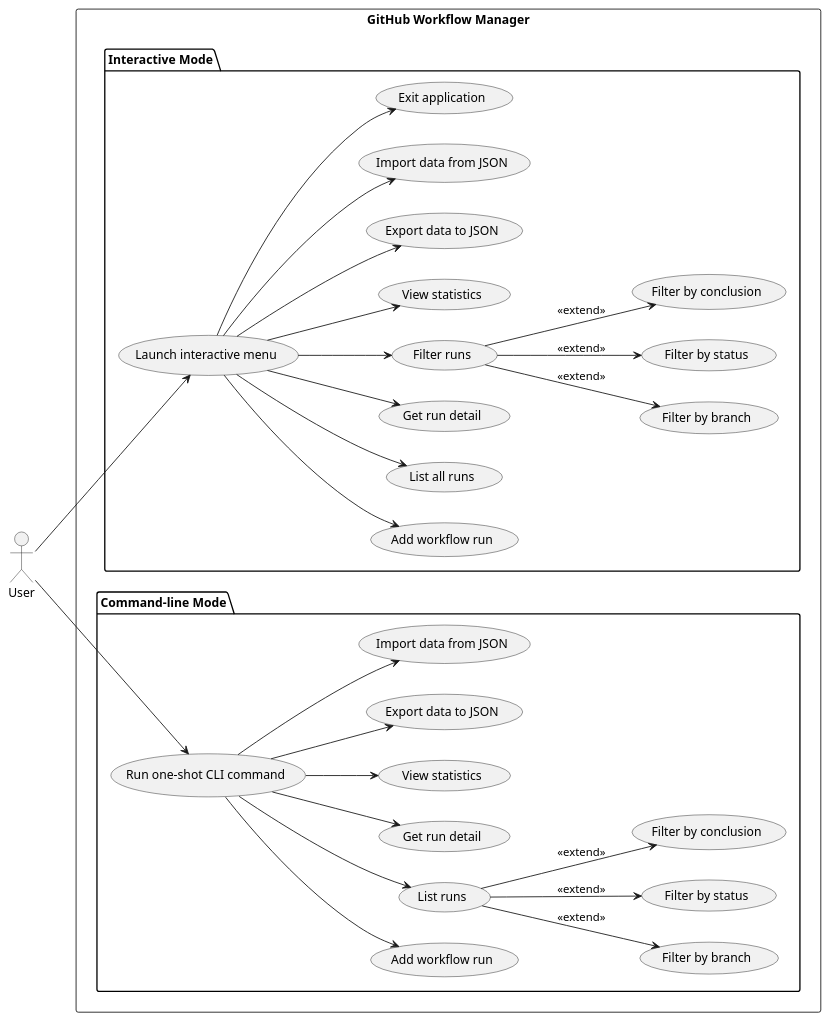
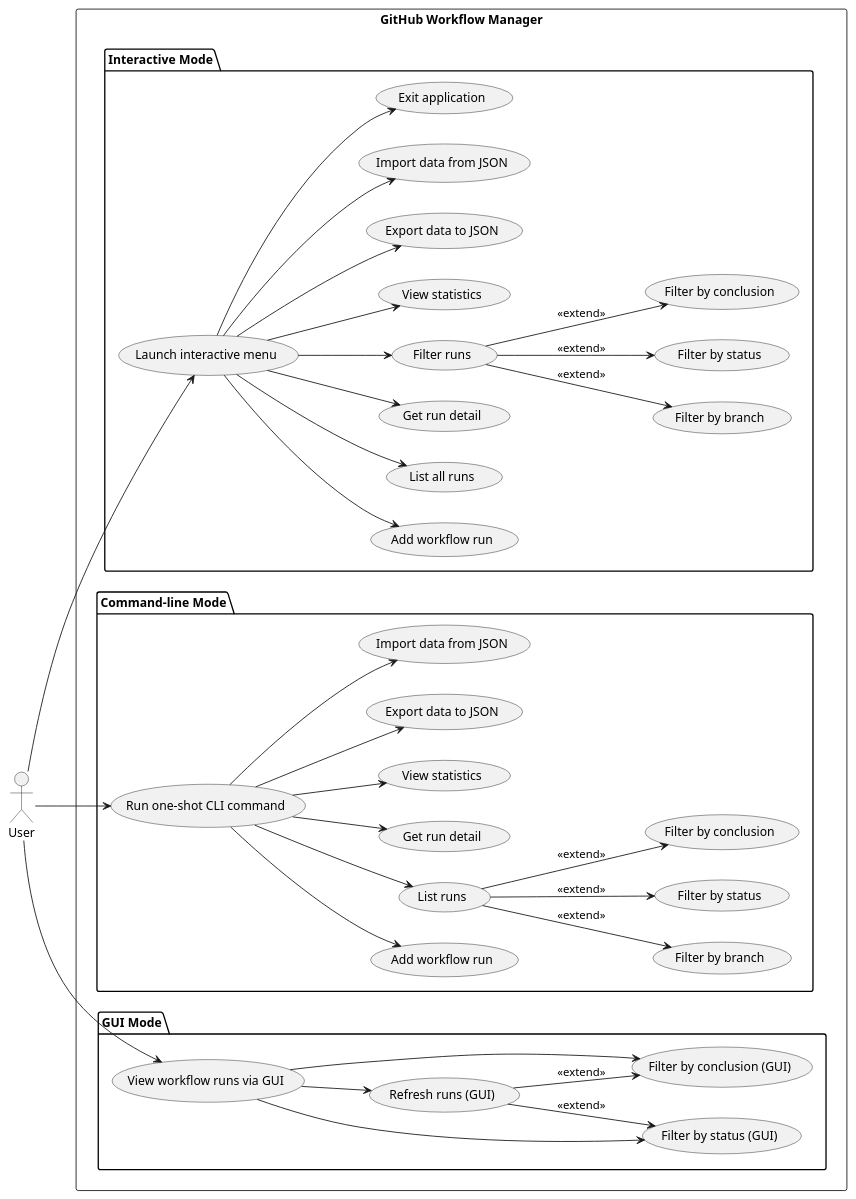
The diagram in experiments/broadcast/test_driven/github-workflow-manager/artifacts/use_case_diagram.puml (DanielRiha8906/Software_autoevolution_using_agents), drawn with PlantUML before and after one commit. The commit also changed 7 other files, not shown here.

```diff
--- a/experiments/broadcast/test_driven/github-workflow-manager/artifacts/use_case_diagram.puml
+++ b/experiments/broadcast/test_driven/github-workflow-manager/artifacts/use_case_diagram.puml
@@ -1,65 +1,80 @@
 @startuml use_case_diagram
 
 left to right direction
 
 actor User
 
 rectangle "GitHub Workflow Manager" {
 
   package "Interactive Mode" {
     usecase "Launch interactive menu"  as UI
     usecase "Add workflow run"         as I_ADD
     usecase "List all runs"            as I_LIST
     usecase "Get run detail"           as I_DETAIL
     usecase "Filter runs"              as I_FILTER
     usecase "Filter by branch"         as I_FBRANCH
     usecase "Filter by status"         as I_FSTATUS
     usecase "Filter by conclusion"     as I_FCONCL
     usecase "View statistics"          as I_STATS
     usecase "Export data to JSON"      as I_EXPORT
     usecase "Import data from JSON"    as I_IMPORT
     usecase "Exit application"         as I_EXIT
   }
 
   package "Command-line Mode" {
     usecase "Run one-shot CLI command" as CLI
     usecase "Add workflow run"         as C_ADD
     usecase "List runs"                as C_LIST
     usecase "Filter by branch"         as C_FBRANCH
     usecase "Filter by status"         as C_FSTATUS
     usecase "Filter by conclusion"     as C_FCONCL
     usecase "Get run detail"           as C_DETAIL
     usecase "View statistics"          as C_STATS
     usecase "Export data to JSON"      as C_EXPORT
     usecase "Import data from JSON"    as C_IMPORT
   }
+
+  package "GUI Mode" {
+    usecase "View workflow runs via GUI" as GUI
+    usecase "Filter by status (GUI)"     as G_FSTATUS
+    usecase "Filter by conclusion (GUI)" as G_FCONCL
+    usecase "Refresh runs (GUI)"         as G_REFRESH
+  }
 }
 
 User --> UI
 User --> CLI
+User --> GUI
 
 UI --> I_ADD
 UI --> I_LIST
 UI --> I_DETAIL
 UI --> I_FILTER
 UI --> I_STATS
 UI --> I_EXPORT
 UI --> I_IMPORT
 UI --> I_EXIT
 
 I_FILTER --> I_FBRANCH  : <<extend>>
 I_FILTER --> I_FSTATUS  : <<extend>>
 I_FILTER --> I_FCONCL   : <<extend>>
 
 CLI --> C_ADD
 CLI --> C_LIST
 CLI --> C_DETAIL
 CLI --> C_STATS
 CLI --> C_EXPORT
 CLI --> C_IMPORT
 
 C_LIST --> C_FBRANCH  : <<extend>>
 C_LIST --> C_FSTATUS  : <<extend>>
 C_LIST --> C_FCONCL   : <<extend>>
 
+GUI --> G_REFRESH
+GUI --> G_FSTATUS
+GUI --> G_FCONCL
+
+G_REFRESH --> G_FSTATUS : <<extend>>
+G_REFRESH --> G_FCONCL  : <<extend>>
+
 @enduml
```
